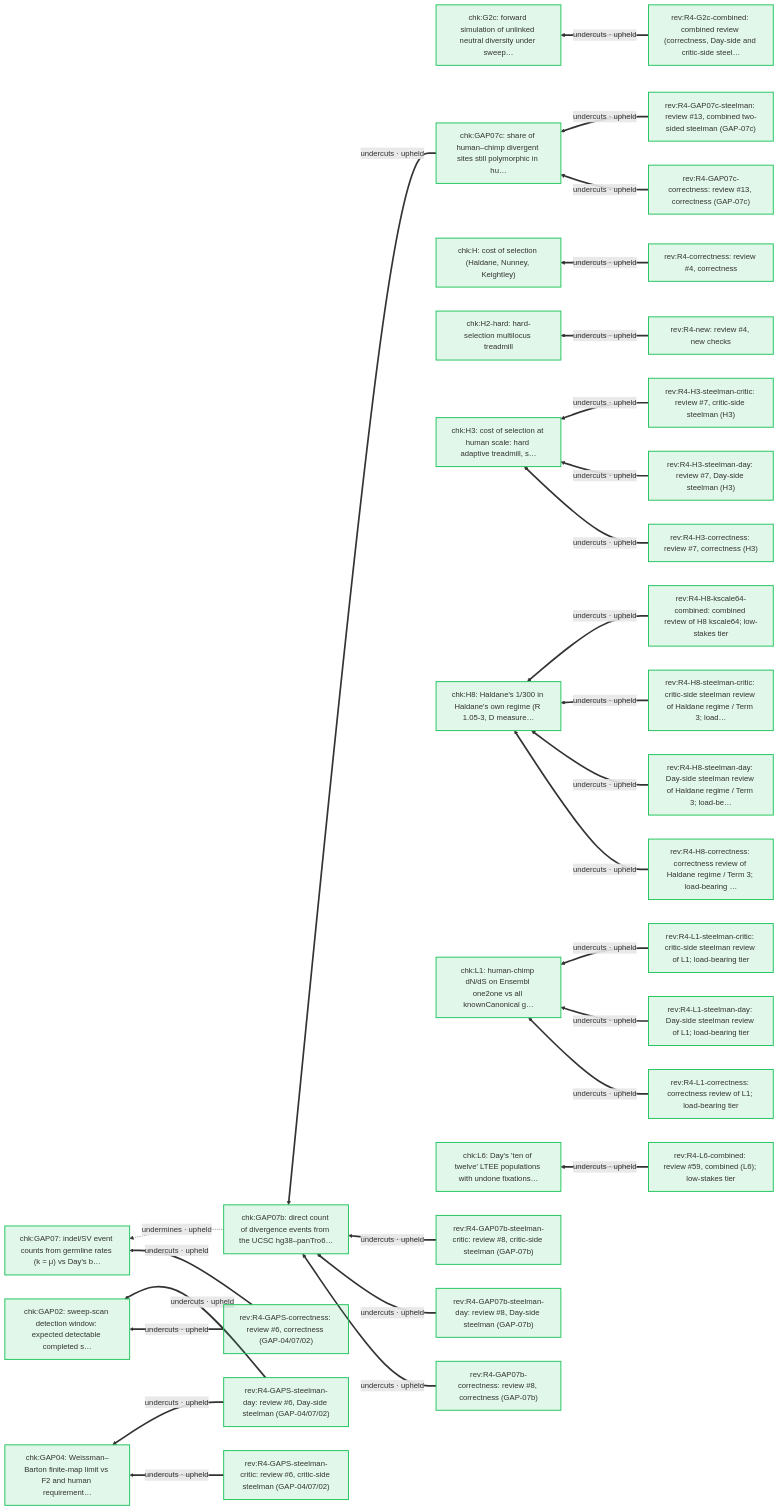
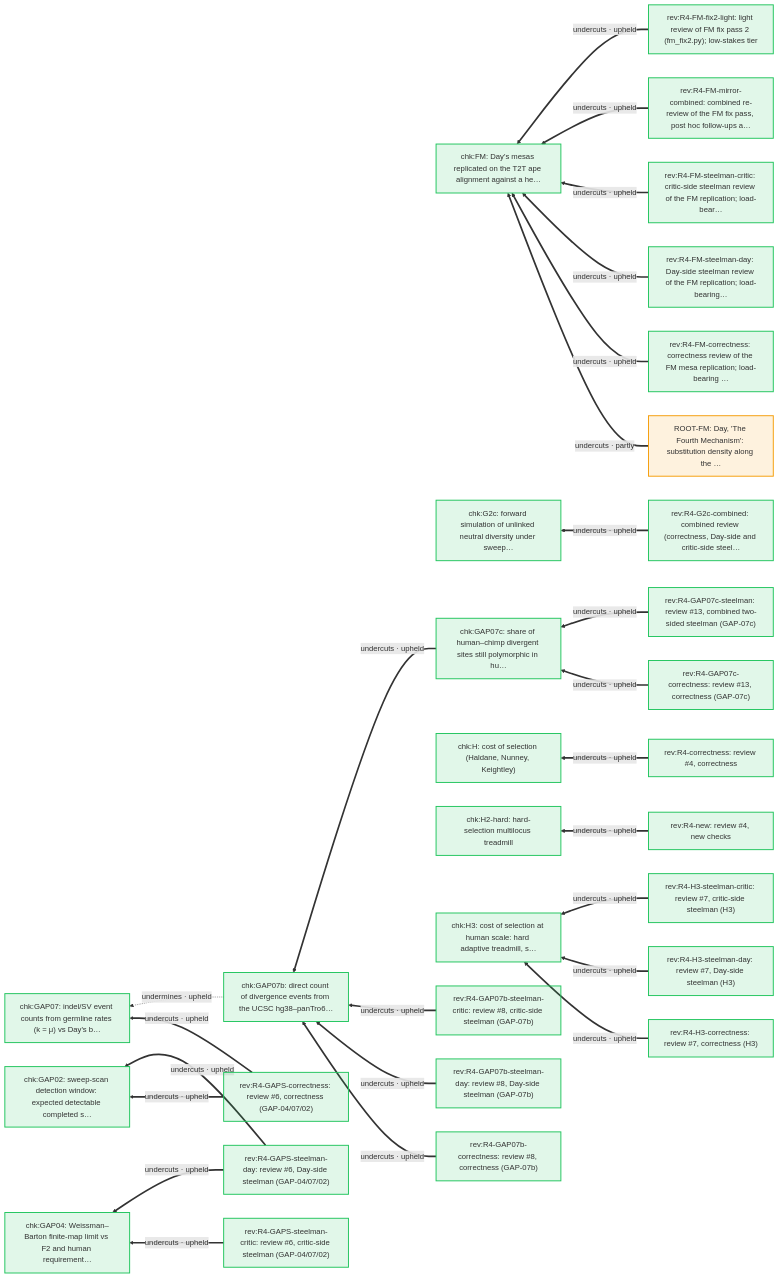
Before and after one commit to nickallevato/evo-sim: diagram 19 of 20 in docs/arguments/defeaters.md, drawn with Mermaid. The commit also changed 14 other files, not shown here.

````diff
--- a/docs/arguments/defeaters.md
+++ b/docs/arguments/defeaters.md
@@ -1058,68 +1051,62 @@
 ```mermaid
 flowchart RL
   classDef day fill:#f59e0b22,stroke:#f59e0b,stroke-width:2px
   classDef ally fill:#d9770622,stroke:#d97706,stroke-width:2px
   classDef critic fill:#3b82f622,stroke:#3b82f6,stroke-width:2px
   classDef literature fill:#a3a3a322,stroke:#a3a3a3,stroke-width:2px
   classDef audit fill:#22c55e22,stroke:#22c55e,stroke-width:2px
+  ROOT_FM["ROOT-FM: Day, 'The Fourth Mechanism': substitution density along the …"]:::day
+  chk_FM["chk:FM: Day's mesas replicated on the T2T ape alignment against a he…"]:::audit
   chk_G2c["chk:G2c: forward simulation of unlinked neutral diversity under sweep…"]:::audit
   chk_GAP02["chk:GAP02: sweep-scan detection window: expected detectable completed s…"]:::audit
   chk_GAP04["chk:GAP04: Weissman–Barton finite-map limit vs F2 and human requirement…"]:::audit
   chk_GAP07["chk:GAP07: indel/SV event counts from germline rates (k = μ) vs Day's b…"]:::audit
   chk_GAP07b["chk:GAP07b: direct count of divergence events from the UCSC hg38–panTro6…"]:::audit
   chk_GAP07c["chk:GAP07c: share of human–chimp divergent sites still polymorphic in hu…"]:::audit
   chk_H["chk:H: cost of selection (Haldane, Nunney, Keightley)"]:::audit
   chk_H2_hard["chk:H2-hard: hard-selection multilocus treadmill"]:::audit
   chk_H3["chk:H3: cost of selection at human scale: hard adaptive treadmill, s…"]:::audit
-  chk_H8["chk:H8: Haldane's 1/300 in Haldane's own regime (R 1.05-3, D measure…"]:::audit
-  chk_L1["chk:L1: human-chimp dN/dS on Ensembl one2one vs all knownCanonical g…"]:::audit
-  chk_L6["chk:L6: Day's 'ten of twelve' LTEE populations with undone fixations…"]:::audit
+  rev_R4_FM_correctness["rev:R4-FM-correctness: correctness review of the FM mesa replication; load-bearing …"]:::audit
+  rev_R4_FM_fix2_light["rev:R4-FM-fix2-light: light review of FM fix pass 2 (fm_fix2.py); low-stakes tier"]:::audit
+  rev_R4_FM_mirror_combined["rev:R4-FM-mirror-combined: combined re-review of the FM fix pass, post hoc follow-ups a…"]:::audit
+  rev_R4_FM_steelman_critic["rev:R4-FM-steelman-critic: critic-side steelman review of the FM replication; load-bear…"]:::audit
+  rev_R4_FM_steelman_day["rev:R4-FM-steelman-day: Day-side steelman review of the FM replication; load-bearing…"]:::audit
   rev_R4_G2c_combined["rev:R4-G2c-combined: combined review (correctness, Day-side and critic-side steel…"]:::audit
   rev_R4_GAP07b_correctness["rev:R4-GAP07b-correctness: review #8, correctness (GAP-07b)"]:::audit
   rev_R4_GAP07b_steelman_critic["rev:R4-GAP07b-steelman-critic: review #8, critic-side steelman (GAP-07b)"]:::audit
   rev_R4_GAP07b_steelman_day["rev:R4-GAP07b-steelman-day: review #8, Day-side steelman (GAP-07b)"]:::audit
   rev_R4_GAP07c_correctness["rev:R4-GAP07c-correctness: review #13, correctness (GAP-07c)"]:::audit
   rev_R4_GAP07c_steelman["rev:R4-GAP07c-steelman: review #13, combined two-sided steelman (GAP-07c)"]:::audit
   rev_R4_GAPS_correctness["rev:R4-GAPS-correctness: review #6, correctness (GAP-04/07/02)"]:::audit
   rev_R4_GAPS_steelman_critic["rev:R4-GAPS-steelman-critic: review #6, critic-side steelman (GAP-04/07/02)"]:::audit
   rev_R4_GAPS_steelman_day["rev:R4-GAPS-steelman-day: review #6, Day-side steelman (GAP-04/07/02)"]:::audit
   rev_R4_H3_correctness["rev:R4-H3-correctness: review #7, correctness (H3)"]:::audit
   rev_R4_H3_steelman_critic["rev:R4-H3-steelman-critic: review #7, critic-side steelman (H3)"]:::audit
   rev_R4_H3_steelman_day["rev:R4-H3-steelman-day: review #7, Day-side steelman (H3)"]:::audit
-  rev_R4_H8_correctness["rev:R4-H8-correctness: correctness review of Haldane regime / Term 3; load-bearing …"]:::audit
-  rev_R4_H8_kscale64_combined["rev:R4-H8-kscale64-combined: combined review of H8 kscale64; low-stakes tier"]:::audit
-  rev_R4_H8_steelman_critic["rev:R4-H8-steelman-critic: critic-side steelman review of Haldane regime / Term 3; load…"]:::audit
-  rev_R4_H8_steelman_day["rev:R4-H8-steelman-day: Day-side steelman review of Haldane regime / Term 3; load-be…"]:::audit
-  rev_R4_L1_correctness["rev:R4-L1-correctness: correctness review of L1; load-bearing tier"]:::audit
-  rev_R4_L1_steelman_critic["rev:R4-L1-steelman-critic: critic-side steelman review of L1; load-bearing tier"]:::audit
-  rev_R4_L1_steelman_day["rev:R4-L1-steelman-day: Day-side steelman review of L1; load-bearing tier"]:::audit
-  rev_R4_L6_combined["rev:R4-L6-combined: review #59, combined (L6); low-stakes tier"]:::audit
   rev_R4_correctness["rev:R4-correctness: review #4, correctness"]:::audit
   rev_R4_new["rev:R4-new: review #4, new checks"]:::audit
+  ROOT_FM ==>|"undercuts · partly"| chk_FM
+  rev_R4_FM_correctness ==>|"undercuts · upheld"| chk_FM
+  rev_R4_FM_steelman_day ==>|"undercuts · upheld"| chk_FM
+  rev_R4_FM_steelman_critic ==>|"undercuts · upheld"| chk_FM
+  rev_R4_FM_mirror_combined ==>|"undercuts · upheld"| chk_FM
+  rev_R4_FM_fix2_light ==>|"undercuts · upheld"| chk_FM
   rev_R4_G2c_combined ==>|"undercuts · upheld"| chk_G2c
   rev_R4_GAPS_correctness ==>|"undercuts · upheld"| chk_GAP02
   rev_R4_GAPS_steelman_day ==>|"undercuts · upheld"| chk_GAP02
   rev_R4_GAPS_steelman_critic ==>|"undercuts · upheld"| chk_GAP04
   rev_R4_GAPS_steelman_day ==>|"undercuts · upheld"| chk_GAP04
   rev_R4_GAPS_correctness ==>|"undercuts · upheld"| chk_GAP07
   chk_GAP07b -.->|"undermines · upheld"| chk_GAP07
   rev_R4_GAP07b_correctness ==>|"undercuts · upheld"| chk_GAP07b
   rev_R4_GAP07b_steelman_day ==>|"undercuts · upheld"| chk_GAP07b
   rev_R4_GAP07b_steelman_critic ==>|"undercuts · upheld"| chk_GAP07b
   chk_GAP07c ==>|"undercuts · upheld"| chk_GAP07b
   rev_R4_GAP07c_correctness ==>|"undercuts · upheld"| chk_GAP07c
   rev_R4_GAP07c_steelman ==>|"undercuts · upheld"| chk_GAP07c
   rev_R4_correctness ==>|"undercuts · upheld"| chk_H
   rev_R4_new ==>|"undercuts · upheld"| chk_H2_hard
   rev_R4_H3_correctness ==>|"undercuts · upheld"| chk_H3
   rev_R4_H3_steelman_day ==>|"undercuts · upheld"| chk_H3
   rev_R4_H3_steelman_critic ==>|"undercuts · upheld"| chk_H3
-  rev_R4_H8_correctness ==>|"undercuts · upheld"| chk_H8
-  rev_R4_H8_steelman_day ==>|"undercuts · upheld"| chk_H8
-  rev_R4_H8_steelman_critic ==>|"undercuts · upheld"| chk_H8
-  rev_R4_H8_kscale64_combined ==>|"undercuts · upheld"| chk_H8
-  rev_R4_L1_correctness ==>|"undercuts · upheld"| chk_L1
-  rev_R4_L1_steelman_day ==>|"undercuts · upheld"| chk_L1
-  rev_R4_L1_steelman_critic ==>|"undercuts · upheld"| chk_L1
-  rev_R4_L6_combined ==>|"undercuts · upheld"| chk_L6
 ```
````
